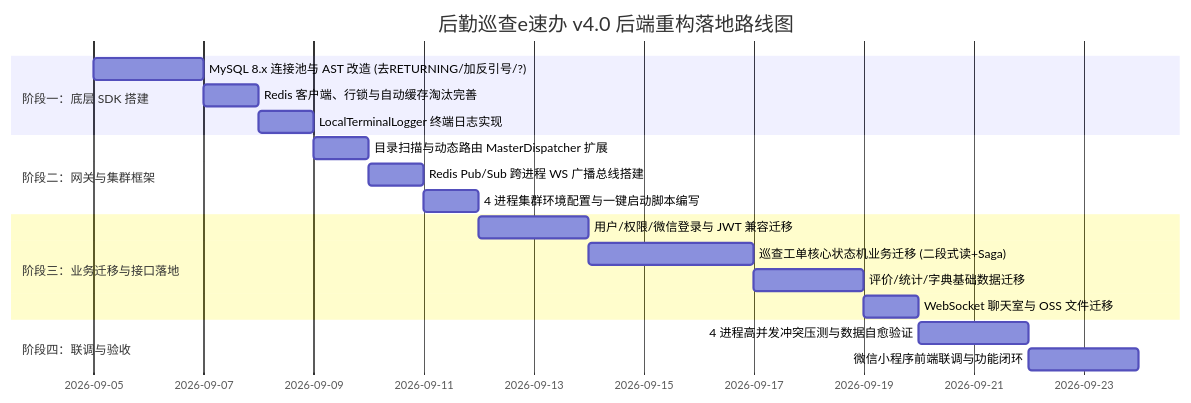
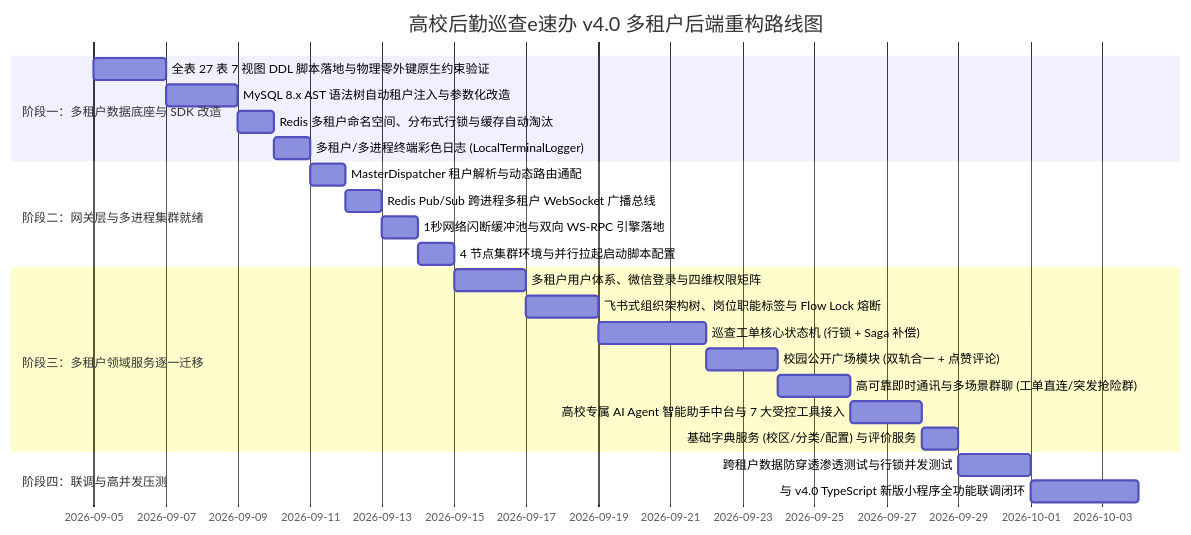
Diagram 14 of 14 in Docs/Backend/后勤巡查e速办v4.0新版后端架构设计与搭建方案.md (tiany-z/QuickPatrol), drawn with Mermaid before and after one commit. The commit also changed other lines of this file and 35 other files, not shown here.

````diff
--- a/Docs/Backend/后勤巡查e速办v4.0新版后端架构设计与搭建方案.md
+++ b/Docs/Backend/后勤巡查e速办v4.0新版后端架构设计与搭建方案.md
@@ -595,21 +1118,26 @@
 ```mermaid
 gantt
-    title 后勤巡查e速办 v4.0 后端重构落地路线图
+    title 高校后勤巡查e速办 v4.0 多租户后端重构路线图
     dateFormat  YYYY-MM-DD
-    section 阶段一：底层 SDK 搭建
-    MySQL 8.x 连接池与 AST 改造 (去RETURNING/加反引号/?) :a1, 2026-09-05, 2d
-    Redis 客户端、行锁与自动缓存淘汰完善                   :a2, after a1, 1d
-    LocalTerminalLogger 终端日志实现                     :a3, after a2, 1d
-    section 阶段二：网关与集群框架
-    目录扫描与动态路由 MasterDispatcher 扩展              :b1, after a3, 1d
-    Redis Pub/Sub 跨进程 WS 广播总线搭建                  :b2, after b1, 1d
-    4 进程集群环境配置与一键启动脚本编写                  :b3, after b2, 1d
-    section 阶段三：业务迁移与接口落地
-    用户/权限/微信登录与 JWT 兼容迁移                     :c1, after b3, 2d
-    巡查工单核心状态机业务迁移 (二段式读+Saga)             :c2, after c1, 3d
-    评价/统计/字典基础数据迁移                           :c3, after c2, 2d
-    WebSocket 聊天室与 OSS 文件迁移                      :c4, after c3, 1d
-    section 阶段四：联调与验收
-    4 进程高并发冲突压测与数据自愈验证                   :d1, after c4, 2d
-    微信小程序前端联调与功能闭环                         :d2, after d1, 2d
+    section 阶段一：多租户数据底座与 SDK 改造
+    全表 27 表 7 视图 DDL 脚本落地与物理零外键原生约束验证 :a1, 2026-09-05, 2d
+    MySQL 8.x AST 语法树自动租户注入与参数化改造        :a2, after a1, 2d
+    Redis 多租户命名空间、分布式行锁与缓存自动淘汰      :a3, after a2, 1d
+    多租户/多进程终端彩色日志 (LocalTerminalLogger)     :a4, after a3, 1d
+    section 阶段二：网关层与多进程集群就绪
+    MasterDispatcher 租户解析与动态路由通配            :b1, after a4, 1d
+    Redis Pub/Sub 跨进程多租户 WebSocket 广播总线      :b2, after b1, 1d
+    1秒网络闪断缓冲池与双向 WS-RPC 引擎落地             :b3, after b2, 1d
+    4 节点集群环境与并行拉起启动脚本配置                :b4, after b3, 1d
+    section 阶段三：多租户领域服务逐一迁移
+    多租户用户体系、微信登录与四维权限矩阵              :c1, after b4, 2d
+    飞书式组织架构树、岗位职能标签与 Flow Lock 熔断    :c2, after c1, 2d
+    巡查工单核心状态机 (行锁 + Saga 补偿)              :c3, after c2, 3d
+    校园公开广场模块 (双轨合一 + 点赞评论)             :c4, after c3, 2d
+    高可靠即时通讯与多场景群聊 (工单直连/突发抢险群)    :c5, after c4, 2d
+    高校专属 AI Agent 智能助手中台与 7 大受控工具接入  :c6, after c5, 2d
+    基础字典服务 (校区/分类/配置) 与评价服务            :c7, after c6, 1d
+    section 阶段四：联调与高并发压测
+    跨租户数据防穿透渗透测试与行锁并发测试              :d1, after c7, 2d
+    与 v4.0 TypeScript 新版小程序全功能联调闭环         :d2, after d1, 3d
 ```
````
